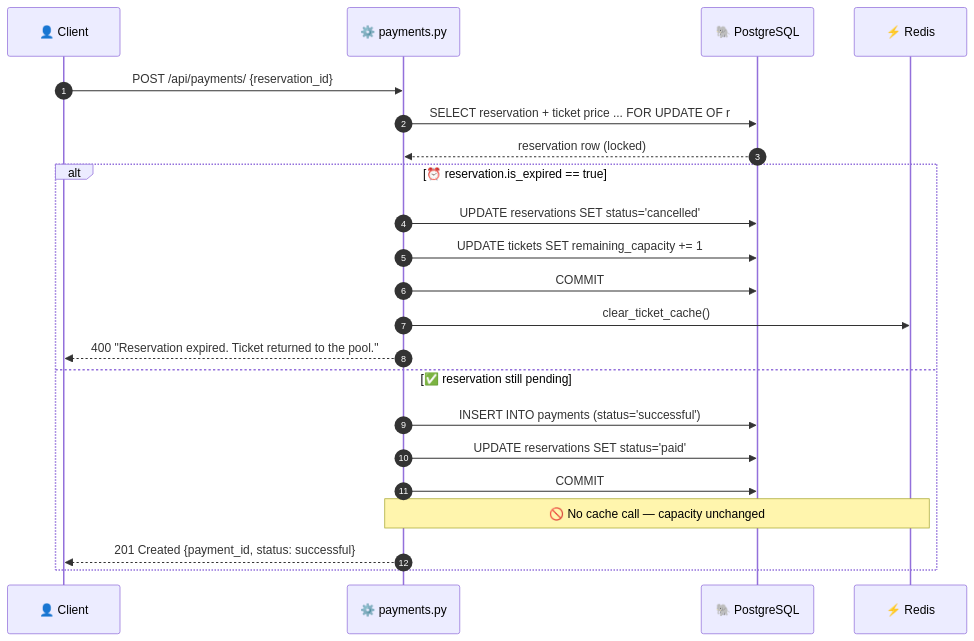
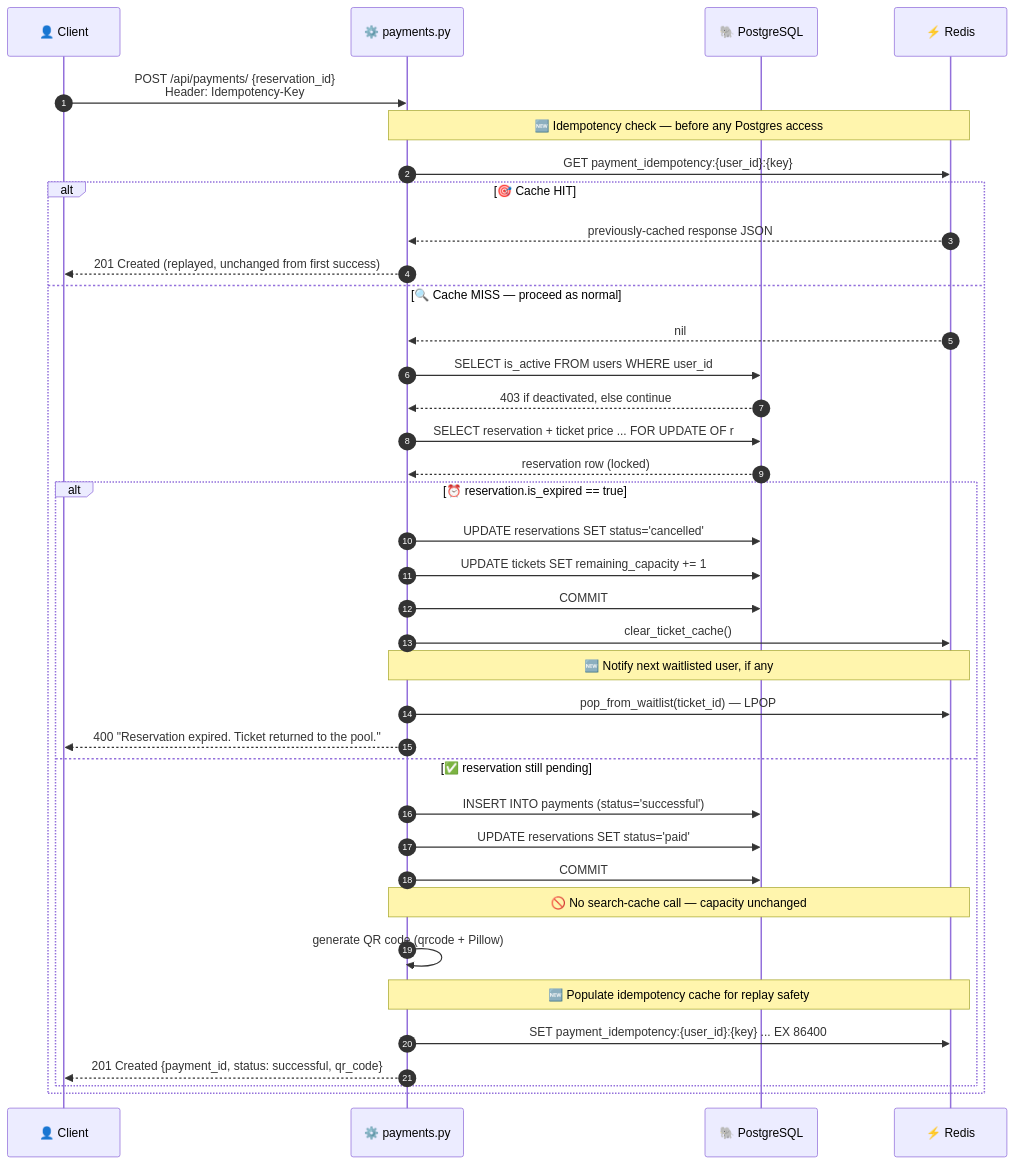
The fourth of 8 diagrams in docs/Phase3/Database_Sync_Cache_Invalidation_Strategy.md (mxed04/SportsTicketPlatform), drawn with Mermaid before and after one commit. The commit also changed other lines of this file, not shown here.

Commit message:
docs(phase3): add database sync and redis cache invalidation strategy guide

````diff
--- a/docs/Phase3/Database_Sync_Cache_Invalidation_Strategy.md
+++ b/docs/Phase3/Database_Sync_Cache_Invalidation_Strategy.md
@@ -293,26 +358,42 @@
 ```mermaid
 sequenceDiagram
     autonumber
     participant C as 👤 Client
     participant A as ⚙️ payments.py
     participant P as 🐘 PostgreSQL
     participant R as ⚡ Redis
 
-    C->>A: POST /api/payments/ {reservation_id}
-    A->>P: SELECT reservation + ticket price ... FOR UPDATE OF r
-    P-->>A: reservation row (locked)
+    C->>A: POST /api/payments/ {reservation_id}<br/>Header: Idempotency-Key
 
-    alt ⏰ reservation.is_expired == true
-        A->>P: UPDATE reservations SET status='cancelled'
-        A->>P: UPDATE tickets SET remaining_capacity += 1
-        A->>P: COMMIT
-        A->>R: clear_ticket_cache()
-        A-->>C: 400 "Reservation expired. Ticket returned to the pool."
-    else ✅ reservation still pending
-        A->>P: INSERT INTO payments (status='successful')
-        A->>P: UPDATE reservations SET status='paid'
-        A->>P: COMMIT
-        Note over A,R: 🚫 No cache call — capacity unchanged
-        A-->>C: 201 Created {payment_id, status: successful}
+    Note over A,R: 🆕 Idempotency check — before any Postgres access
+    A->>R: GET payment_idempotency:{user_id}:{key}
+    alt 🎯 Cache HIT
+        R-->>A: previously-cached response JSON
+        A-->>C: 201 Created (replayed, unchanged from first success)
+    else 🔍 Cache MISS — proceed as normal
+        R-->>A: nil
+        A->>P: SELECT is_active FROM users WHERE user_id
+        P-->>A: 403 if deactivated, else continue
+        A->>P: SELECT reservation + ticket price ... FOR UPDATE OF r
+        P-->>A: reservation row (locked)
+
+        alt ⏰ reservation.is_expired == true
+            A->>P: UPDATE reservations SET status='cancelled'
+            A->>P: UPDATE tickets SET remaining_capacity += 1
+            A->>P: COMMIT
+            A->>R: clear_ticket_cache()
+            Note over A,R: 🆕 Notify next waitlisted user, if any
+            A->>R: pop_from_waitlist(ticket_id) — LPOP
+            A-->>C: 400 "Reservation expired. Ticket returned to the pool."
+        else ✅ reservation still pending
+            A->>P: INSERT INTO payments (status='successful')
+            A->>P: UPDATE reservations SET status='paid'
+            A->>P: COMMIT
+            Note over A,R: 🚫 No search-cache call — capacity unchanged
+            A->>A: generate QR code (qrcode + Pillow)
+            Note over A,R: 🆕 Populate idempotency cache for replay safety
+            A->>R: SET payment_idempotency:{user_id}:{key} ... EX 86400
+            A-->>C: 201 Created {payment_id, status: successful, qr_code}
+        end
     end
 ```
````
